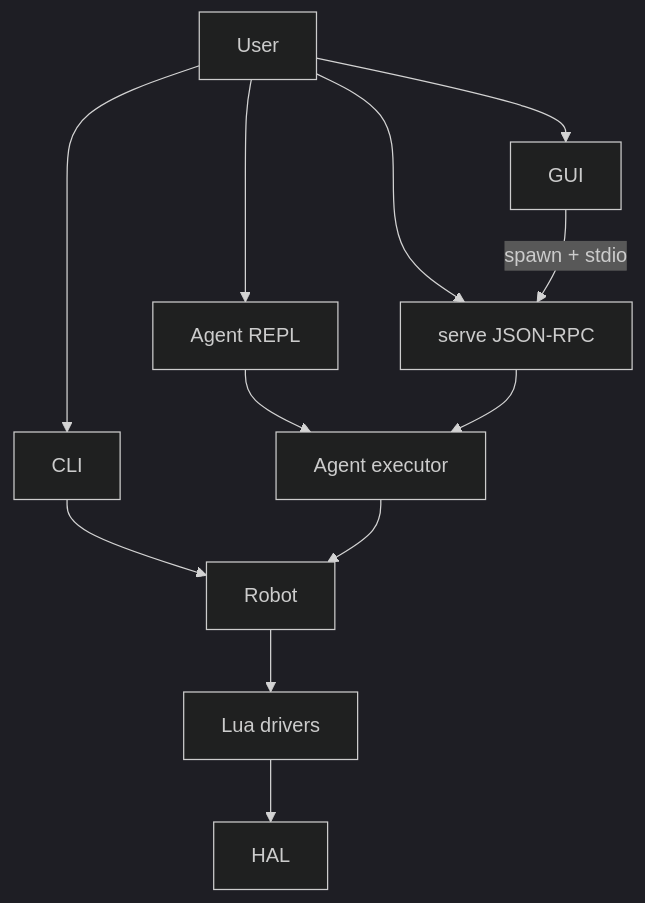
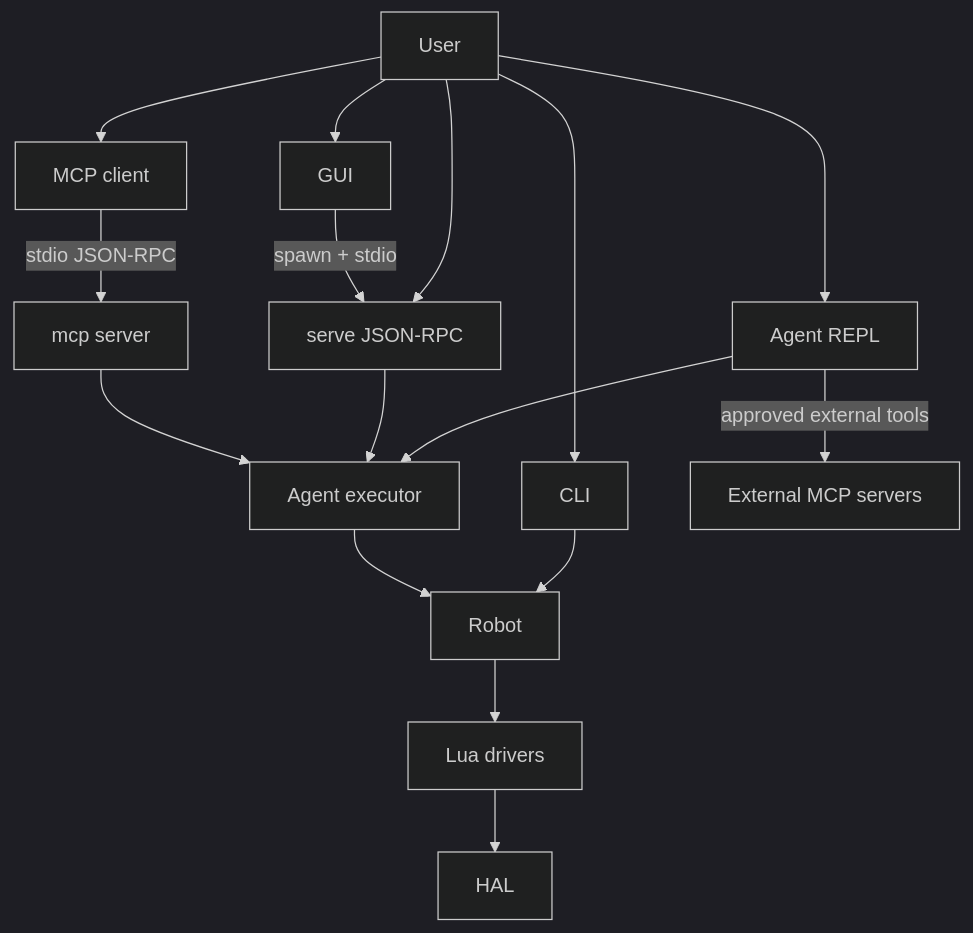
One commit to gopsc/mybot changed the third of 3 diagrams in docs/architecture.md. Above: the diagram before and after it, drawn with Mermaid (dark theme). The commit also changed other lines of this file and 10 other files, not shown here.

First line of the commit message:
docs: document the MCP server and the agent's external tools

````diff
--- a/docs/architecture.md
+++ b/docs/architecture.md
@@ -93,14 +95,18 @@
 ```mermaid
 flowchart TB
     U[User] --> G[GUI]
     U --> C[CLI]
     U --> A[Agent REPL]
     U --> S[serve JSON-RPC]
+    M[MCP client] -->|stdio JSON-RPC| X[mcp server]
+    U --> M
     G -->|spawn + stdio| S
     C --> R[Robot]
     A --> E[Agent executor]
     S --> E
+    X --> E
     E --> R
+    A -->|approved external tools| N[External MCP servers]
     R --> L[Lua drivers]
     L --> H[HAL]
 ```
````
